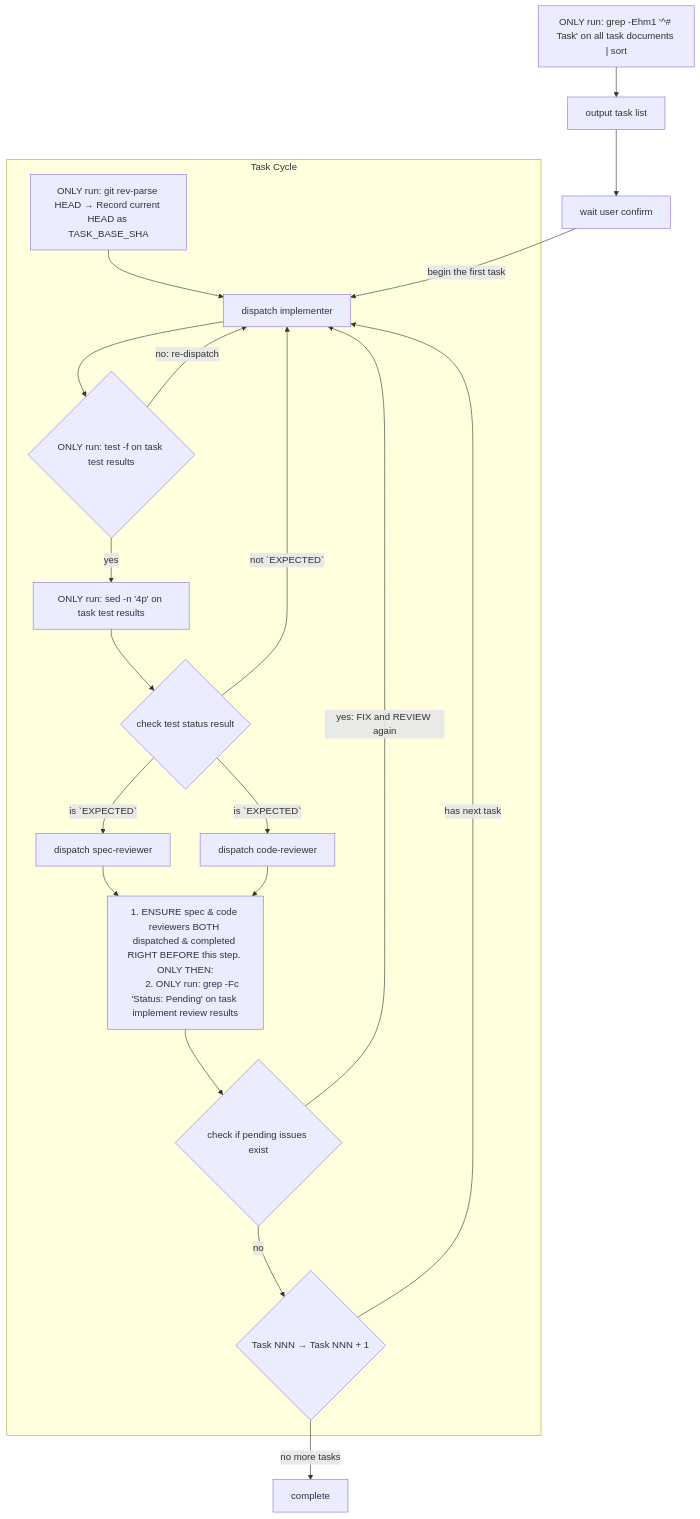
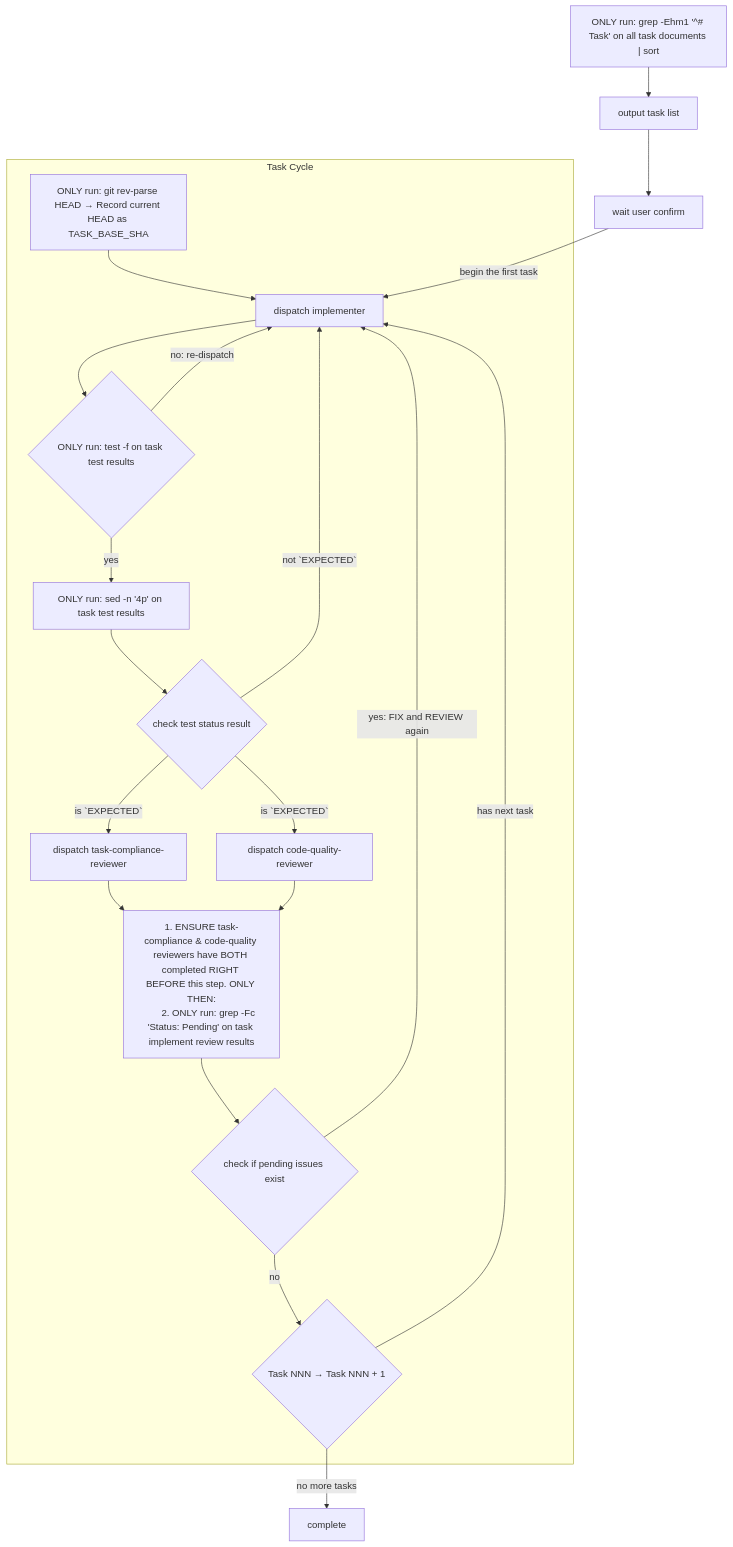
Before and after one commit to abadcafe/superteam: the diagram in skills/executing/SKILL.md, drawn with Mermaid. The commit also changed other lines of this file and 4 other files, not shown here.

First line of the commit message:
refactor: rename spec-reviewer → task-compliance-reviewer, code-reviewer → code-quality-reviewer

````diff
--- a/skills/executing/SKILL.md
+++ b/skills/executing/SKILL.md
@@ -97,43 +97,43 @@
 ```mermaid
 flowchart TD
   get_task_list["ONLY run: grep -Ehm1 '^# Task' on all task documents | sort"]
   output_task_list["output task list"]
   wait_user_confirm["wait user confirm"]
   complete["complete"]
 
   subgraph task_cycle["Task Cycle"]
     record_task_base_sha["ONLY run: git rev-parse HEAD → Record current HEAD as TASK_BASE_SHA"]
     dispatch_implementer["dispatch implementer"]
     check_implementer_completed{"ONLY run: test -f on task test results"}
     get_test_status["ONLY run: sed -n '4p' on task test results"]
     check_test_status{"check test status result"}
-    dispatch_spec_reviewer["dispatch spec-reviewer"]
-    dispatch_code_reviewer["dispatch code-reviewer"]
+    dispatch_task_compliance_reviewer["dispatch task-compliance-reviewer"]
+    dispatch_code_quality_reviewer["dispatch code-quality-reviewer"]
     count_pending_issues["
-      1. ENSURE spec & code reviewers BOTH dispatched & completed RIGHT BEFORE this step. ONLY THEN:
+      1. ENSURE task-compliance & code-quality reviewers have BOTH completed RIGHT BEFORE this step. ONLY THEN:
       2. ONLY run: grep -Fc 'Status: Pending' on task implement review results
     "]
     check_pending_issues_exist{"check if pending issues exist"}
     next_task{"Task NNN → Task NNN + 1"}
 
     record_task_base_sha --> dispatch_implementer
     dispatch_implementer --> check_implementer_completed
     check_implementer_completed -->|"no: re-dispatch"| dispatch_implementer
     check_implementer_completed -->|"yes"| get_test_status
     get_test_status --> check_test_status
     check_test_status -->|"not `EXPECTED`"| dispatch_implementer
-    check_test_status -->|"is `EXPECTED`"| dispatch_spec_reviewer
-    check_test_status -->|"is `EXPECTED`"| dispatch_code_reviewer
-    dispatch_spec_reviewer --> count_pending_issues
-    dispatch_code_reviewer --> count_pending_issues
+    check_test_status -->|"is `EXPECTED`"| dispatch_task_compliance_reviewer
+    check_test_status -->|"is `EXPECTED`"| dispatch_code_quality_reviewer
+    dispatch_task_compliance_reviewer --> count_pending_issues
+    dispatch_code_quality_reviewer --> count_pending_issues
     count_pending_issues --> check_pending_issues_exist
     check_pending_issues_exist -->|"yes: FIX and REVIEW again"| dispatch_implementer
     check_pending_issues_exist -->|"no"| next_task
     next_task -->|"has next task"| dispatch_implementer
   end
 
   get_task_list --> output_task_list
   output_task_list --> wait_user_confirm
   wait_user_confirm -->|"begin the first task"| dispatch_implementer
   next_task -->|"no more tasks"| complete
 ```
````
